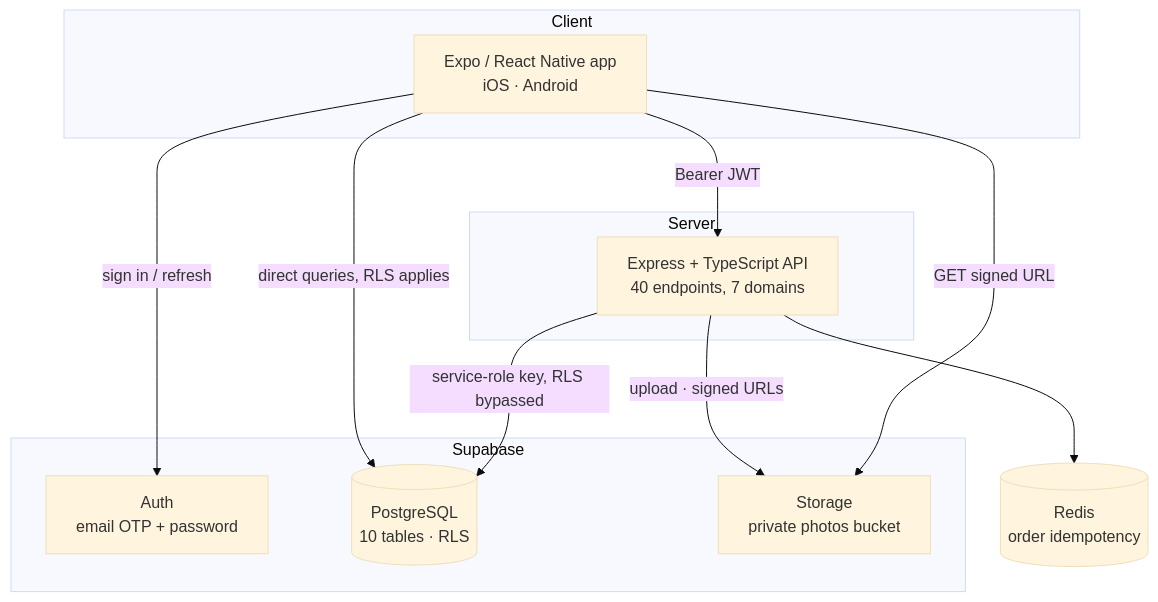
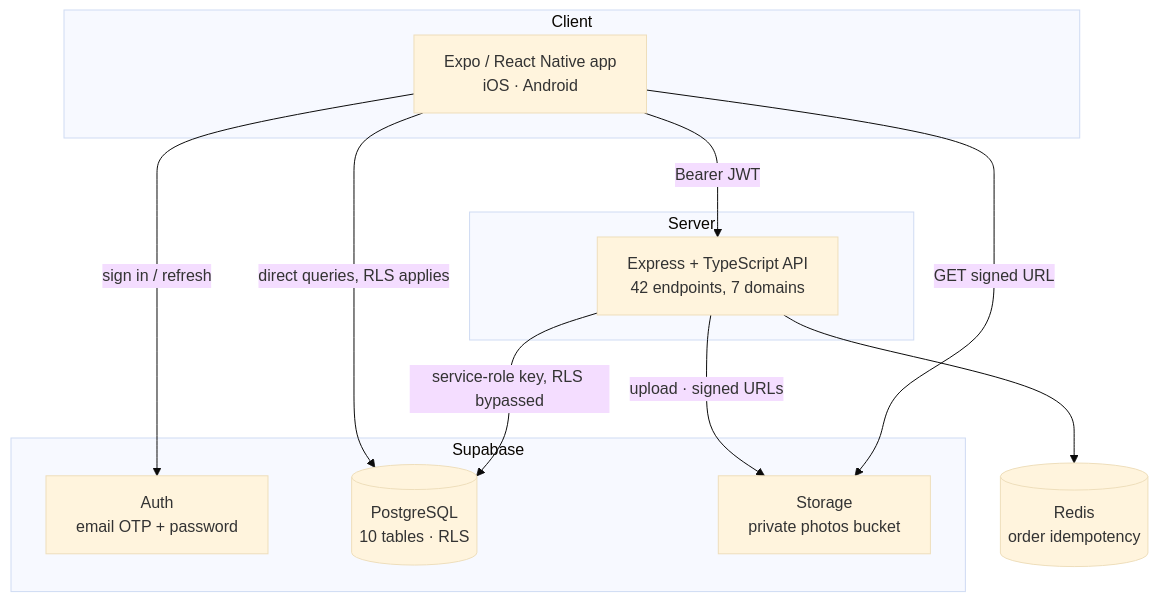
One commit to vexora-0/hive changed the first of 3 diagrams in docs/architecture.md. Above: the diagram before and after it, drawn with Mermaid (base theme).

Commit message:
docs(api): the diary took the endpoint count to 42
The system-overview diagram said 40. The two diary routes - GET /feed/diary and
GET /feed/diary/:month - took it to 42, counted the same way as before:

  grep -cE "router\.(get|post|patch|put|delete)\(" src/routes/*.ts

This label has now been wrong twice. It is Figure 2.1 of the capstone report and
the report states the count in prose as well, so a stale label puts the document
in contradiction with its own picture.

Area: architecture (Ruthwik)

````diff
--- a/docs/architecture.md
+++ b/docs/architecture.md
@@ -27,23 +27,23 @@
 ```mermaid
 graph TB
     subgraph Client
         APP["Expo / React Native app<br/>iOS · Android"]
     end
     subgraph Server
-        API["Express + TypeScript API<br/>40 endpoints, 7 domains"]
+        API["Express + TypeScript API<br/>42 endpoints, 7 domains"]
     end
     subgraph Supabase
         AUTH["Auth<br/>email OTP + password"]
         DB[("PostgreSQL<br/>10 tables · RLS")]
         STORE["Storage<br/>private photos bucket"]
     end
     REDIS[("Redis<br/>order idempotency")]
 
     APP -- "Bearer JWT" --> API
     APP -- "direct queries, RLS applies" --> DB
     APP -- "sign in / refresh" --> AUTH
     API -- "service-role key, RLS bypassed" --> DB
     API -- "upload · signed URLs" --> STORE
     API --> REDIS
     APP -- "GET signed URL" --> STORE
 ```
````
